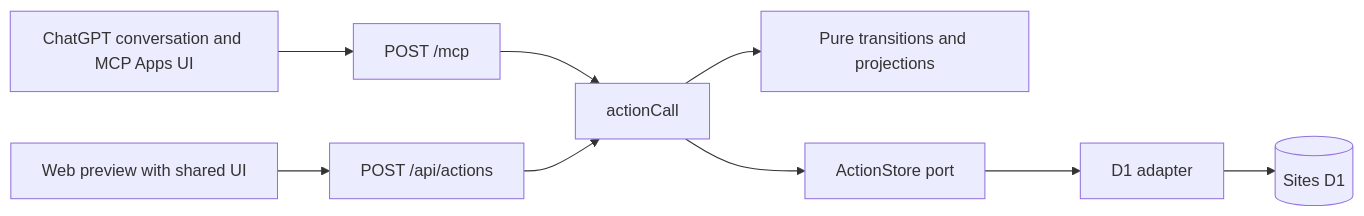
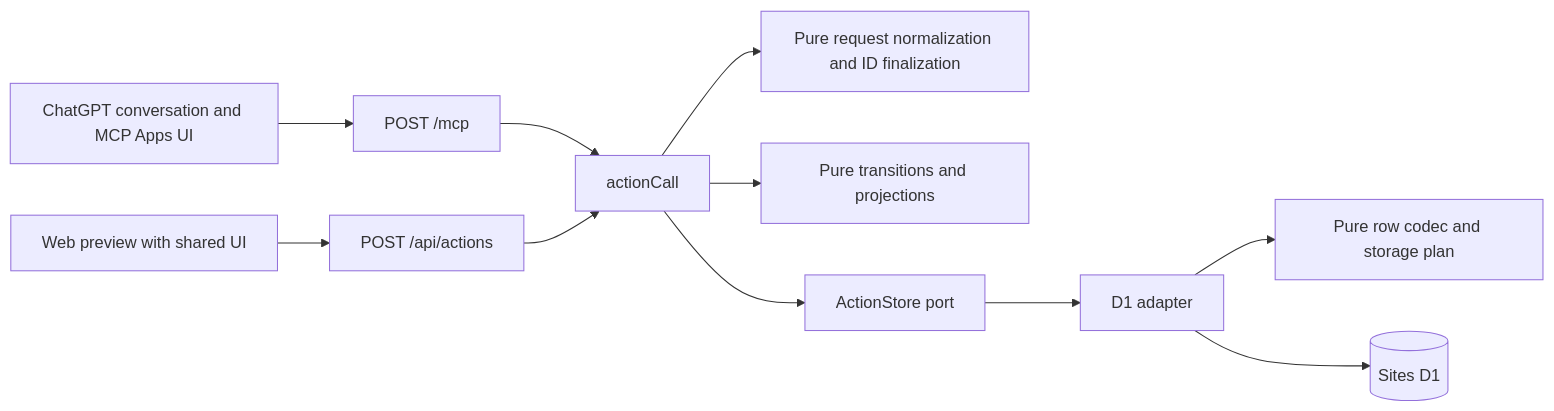
One commit to takezoh/ariadne changed the diagram in ARCHITECTURE.md. Above: the diagram before and after it, drawn with Mermaid. The commit also changed other lines of this file and 37 other files, not shown here.

Commit message:
refactor: enforce pure data models and storage effect boundaries

````diff
--- a/ARCHITECTURE.md
+++ b/ARCHITECTURE.md
@@ -19,11 +19,13 @@
 ```mermaid
 flowchart LR
   Host[ChatGPT conversation and MCP Apps UI] --> MCP[POST /mcp]
   Web[Web preview with shared UI] --> HTTP[POST /api/actions]
   MCP --> App[actionCall]
   HTTP --> App
+  App --> Request[Pure request normalization and ID finalization]
   App --> Domain[Pure transitions and projections]
   App --> Port[ActionStore port]
   Port --> Adapter[D1 adapter]
+  Adapter --> Storage[Pure row codec and storage plan]
   Adapter --> DB[(Sites D1)]
 ```
````
